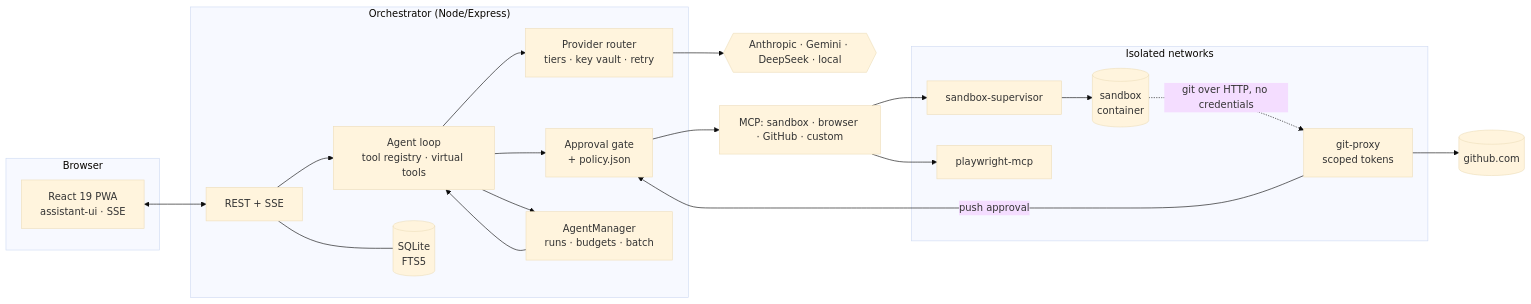
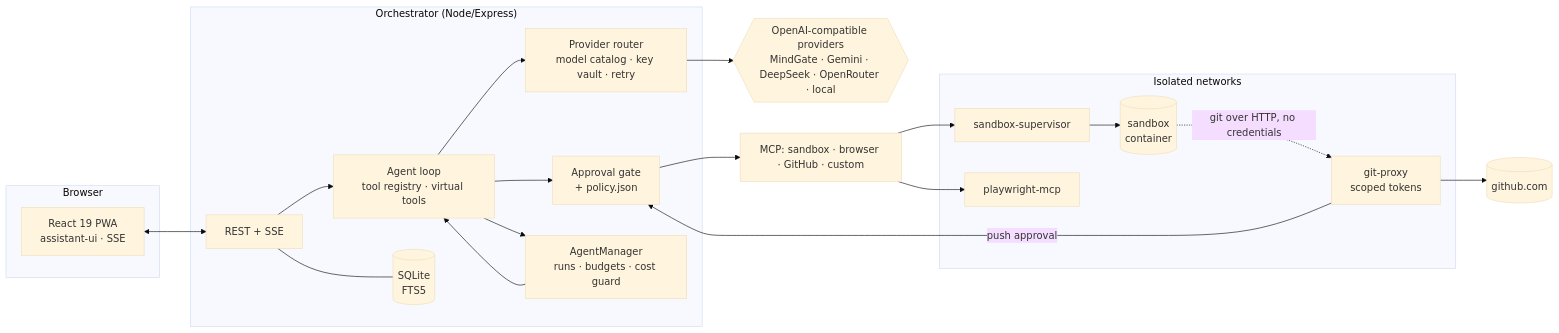
One commit to prod-explore/everything-app changed the diagram in README.md. Above: the diagram before and after it, drawn with Mermaid (base theme). The commit also changed other lines of this file and 65 other files, not shown here.

Commit message:
feat(phase-c): unified provider catalog, dynamic model discovery, model slots, remove batch and cost tiers

````diff
--- a/README.md
+++ b/README.md
@@ -40,28 +39,28 @@
 ```mermaid
 flowchart LR
   subgraph Browser
     UI[React 19 PWA<br/>assistant-ui · SSE]
   end
   subgraph Orchestrator["Orchestrator (Node/Express)"]
     API[REST + SSE]
     LOOP[Agent loop<br/>tool registry · virtual tools]
     GATE[Approval gate<br/>+ policy.json]
-    ROUTER[Provider router<br/>tiers · key vault · retry]
-    AGENTS[AgentManager<br/>runs · budgets · batch]
+    ROUTER[Provider router<br/>model catalog · key vault · retry]
+    AGENTS[AgentManager<br/>runs · budgets · cost guard]
     DB[(SQLite<br/>FTS5)]
   end
   subgraph Isolated["Isolated networks"]
     SUP[sandbox-supervisor] --> SBX[(sandbox<br/>container)]
     PW[playwright-mcp]
     GP[git-proxy<br/>scoped tokens]
   end
   UI <--> API
-  API --> LOOP --> ROUTER --> LLM{{Anthropic · Gemini · DeepSeek · local}}
+  API --> LOOP --> ROUTER --> LLM{{OpenAI-compatible providers<br/>MindGate · Gemini · DeepSeek · OpenRouter · local}}
   LOOP --> GATE --> MCP[MCP: sandbox · browser · GitHub · custom]
   LOOP --> AGENTS --> LOOP
   API --- DB
   MCP --> SUP
   MCP --> PW
   SBX -. git over HTTP, no credentials .-> GP --> GH[(github.com)]
   GP -- push approval --> GATE
 ```
````
